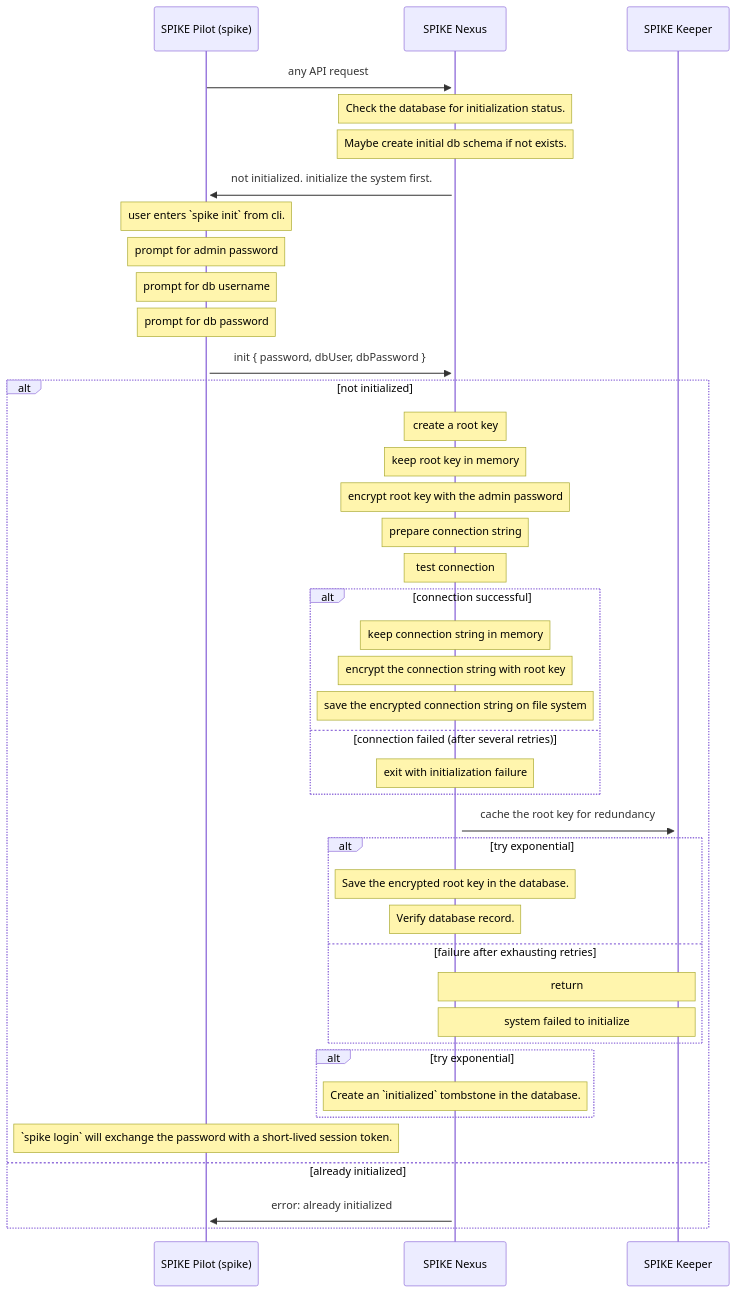
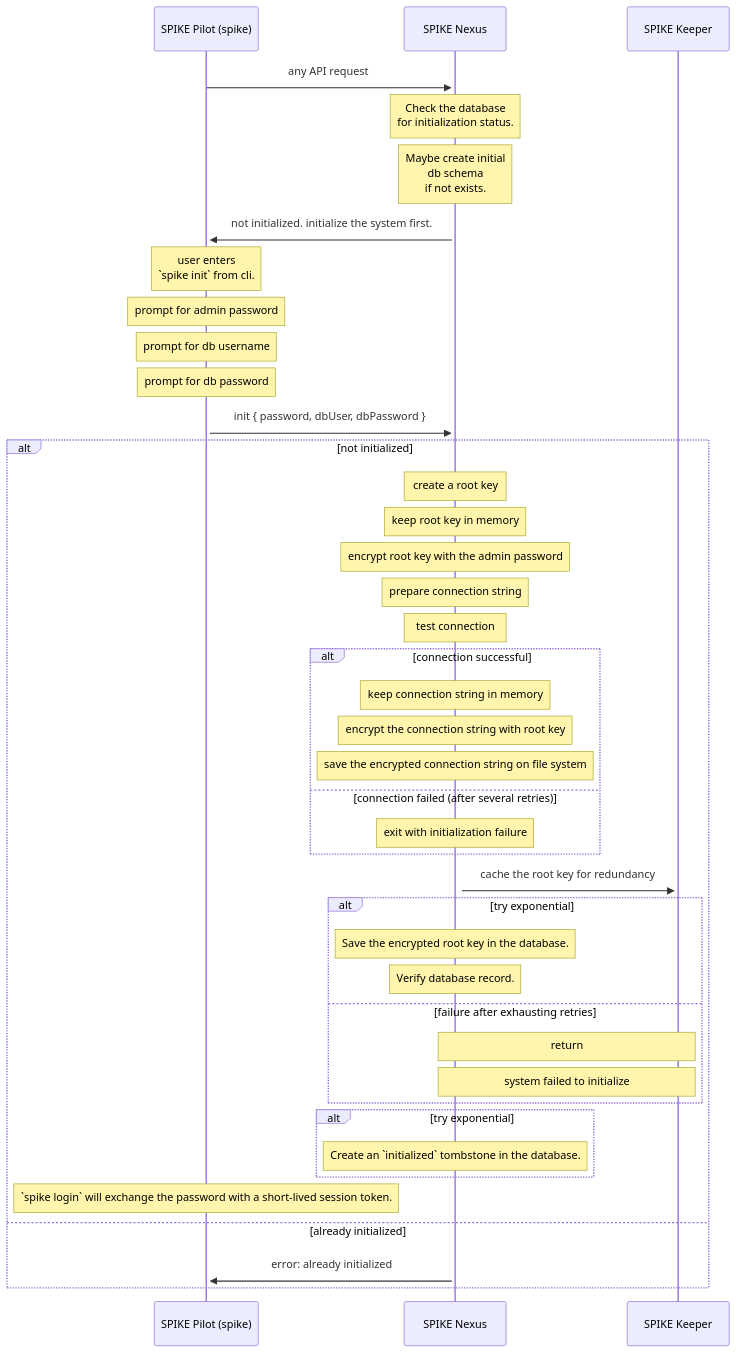
One commit to spiffe/spike changed the diagram in docs/architecture/charts/initialization.md. Above: the diagram before and after it, drawn with Mermaid. The commit also changed 12 other files, not shown here.

````diff
--- a/docs/architecture/charts/initialization.md
+++ b/docs/architecture/charts/initialization.md
@@ -5,57 +5,57 @@
 ```mermaid
 sequenceDiagram
     participant P as SPIKE Pilot (spike)
     participant N as SPIKE Nexus
     participant K as SPIKE Keeper
 
     P->>+N: any API request
 
-    Note over N: Check the database for initialization status.
-    Note over N: Maybe create initial db schema if not exists.
+    Note over N: Check the database<br>for initialization status.
+    Note over N: Maybe create initial<br>db schema<br>if not exists.
 
     N->>+P: not initialized. initialize the system first.
 
-    Note over P: user enters `spike init` from cli.
+    Note over P: user enters<br>`spike init` from cli.
 
     Note over P: prompt for admin password
     Note over P: prompt for db username
     Note over P: prompt for db password
 
     P->>+N: init { password, dbUser, dbPassword }
 
     alt not initialized
         Note over N: create a root key
         Note over N: keep root key in memory
         
         Note over N: encrypt root key with the admin password
         Note over N: prepare connection string 
        
         Note over N: test connection
         
         alt connection successful
             Note over N: keep connection string in memory
             Note over N: encrypt the connection string with root key
             Note over N: save the encrypted connection string on file system
         else connection failed (after several retries)
             Note over N: exit with initialization failure
         end
         
         N->>+K: cache the root key for redundancy
 
         alt try exponential
             Note over N: Save the encrypted root key in the database.
             Note over N: Verify database record.
         else failure after exhausting retries
             Note over N,K: return
             Note over N,K: system failed to initialize
         end
        
         alt try exponential 
             Note over N: Create an `initialized` tombstone in the database.
         end
 
         Note over P: `spike login` will exchange the password with a short-lived session token.
     else already initialized
         N->>+P: error: already initialized
     end
 ```
````
